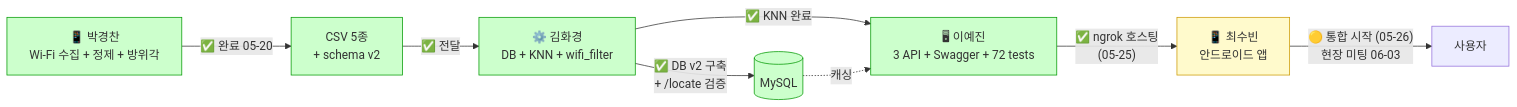
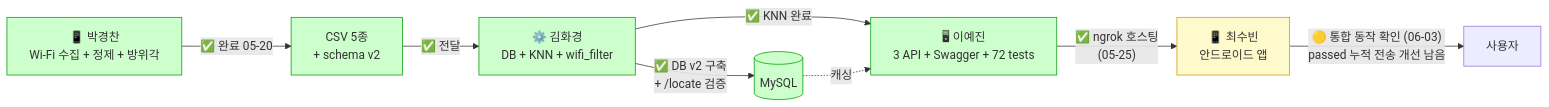
Before and after one commit to ajou-udangtangtang/subway-navigation-server: the diagram in docs/10-진행이력.md, drawn with Mermaid. The commit also changed other lines of this file and 2 other files, not shown here.

````diff
--- a/docs/10-진행이력.md
+++ b/docs/10-진행이력.md
@@ -374,24 +384,24 @@
 ```mermaid
 flowchart LR
     A["📱 박경찬<br/>Wi-Fi 수집 + 정제 + 방위각"]
     B[CSV 5종<br/>+ schema v2]
     C["⚙️ 김화경<br/>DB + KNN + wifi_filter"]
     D[(MySQL)]
     E["🖥 이예진<br/>3 API + Swagger + 72 tests"]
     F["📱 최수빈<br/>안드로이드 앱"]
     G[사용자]
 
     A -- "✅ 완료 05-20" --> B
     B -- "✅ 전달" --> C
     C -- "✅ DB v2 구축<br/>+ /locate 검증" --> D
     C -- "✅ KNN 완료" --> E
     D -. 캐싱 .-> E
     E -- "✅ ngrok 호스팅<br/>(05-25)" --> F
-    F -- "🟡 통합 시작 (05-26)<br/>현장 미팅 06-03" --> G
+    F -- "🟡 통합 동작 확인 (06-03)<br/>passed 누적 전송 개선 남음" --> G
 
     classDef done fill:#ccffcc,stroke:#009900
     classDef wip fill:#fffacc,stroke:#cc9900
     classDef wait fill:#eeeeee,stroke:#999999
     class A,B,C,D,E done
     class F wip
 ```
````
